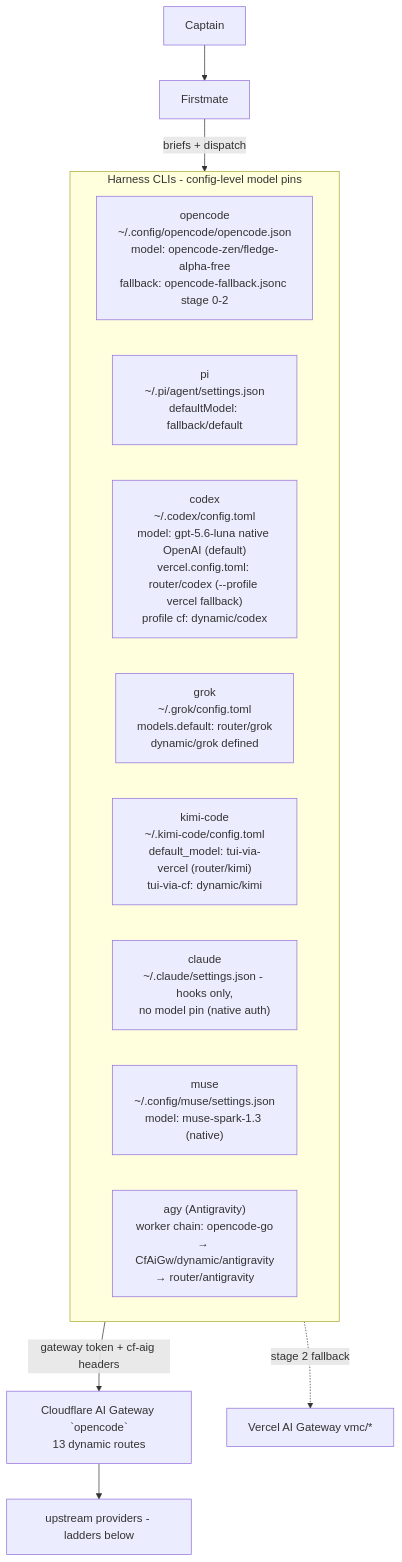
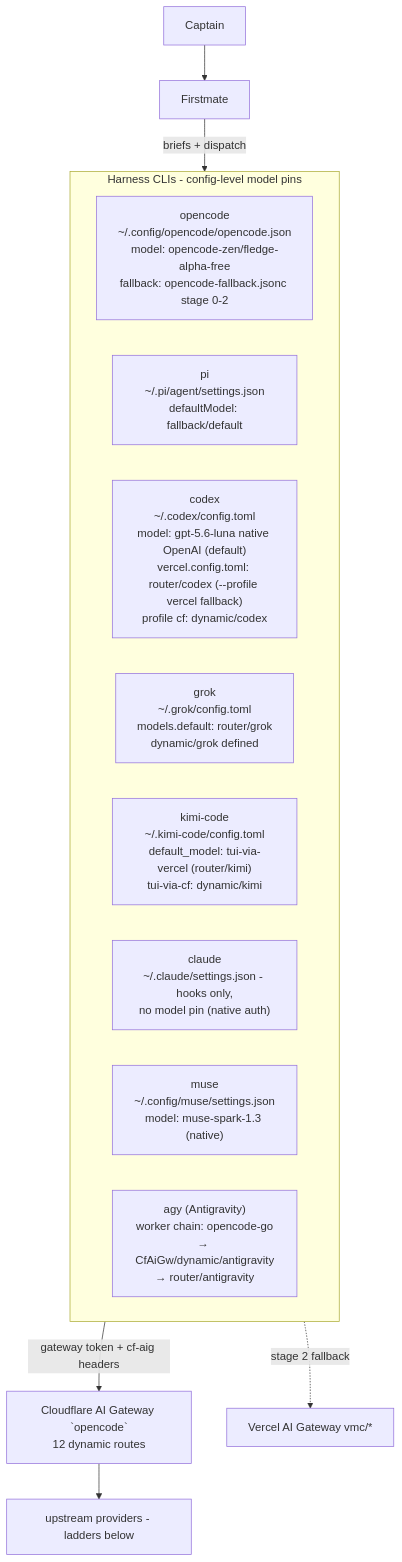
The first of 18 diagrams in dot_agents/skills/provider-catalog/references/ROUTING_TOPOLOGY.md (phillias/dotfiles), drawn with Mermaid before and after one commit. The commit also changed other lines of this file, not shown here.

First line of the commit message:
docs(provider-catalog): refresh TUI/high/Vercel flowcharts to 2026-10-25 live state

````diff
--- a/dot_agents/skills/provider-catalog/references/ROUTING_TOPOLOGY.md
+++ b/dot_agents/skills/provider-catalog/references/ROUTING_TOPOLOGY.md
@@ -55,18 +66,18 @@
 ```mermaid
 flowchart TD
     captain[Captain] --> fm[Firstmate]
     fm -->|briefs + dispatch| harnesses
     subgraph harnesses[Harness CLIs - config-level model pins]
         OC["opencode<br/>~/.config/opencode/opencode.json<br/>model: opencode-zen/fledge-alpha-free<br/>fallback: opencode-fallback.jsonc stage 0-2"]
         PI["pi<br/>~/.pi/agent/settings.json<br/>defaultModel: fallback/default"]
         CX["codex<br/>~/.codex/config.toml<br/>model: gpt-5.6-luna native OpenAI (default)<br/>vercel.config.toml: router/codex (--profile vercel fallback)<br/>profile cf: dynamic/codex"]
         GR["grok<br/>~/.grok/config.toml<br/>models.default: router/grok<br/>dynamic/grok defined"]
         KM["kimi-code<br/>~/.kimi-code/config.toml<br/>default_model: tui-via-vercel (router/kimi)<br/>tui-via-cf: dynamic/kimi"]
         CL["claude<br/>~/.claude/settings.json - hooks only,<br/>no model pin (native auth)"]
         MU["muse<br/>~/.config/muse/settings.json<br/>model: muse-spark-1.3 (native)"]
         AGY["agy (Antigravity)<br/>worker chain: opencode-go<br/>→ CfAiGw/dynamic/antigravity<br/>→ router/antigravity"]
     end
-    harnesses -->|gateway token + cf-aig headers| GW["Cloudflare AI Gateway `opencode`<br/>13 dynamic routes"]
+    harnesses -->|gateway token + cf-aig headers| GW["Cloudflare AI Gateway `opencode`<br/>12 dynamic routes"]
     GW --> models[upstream providers - ladders below]
     harnesses -.->|stage 2 fallback| VG[Vercel AI Gateway vmc/*]
 ```
````
